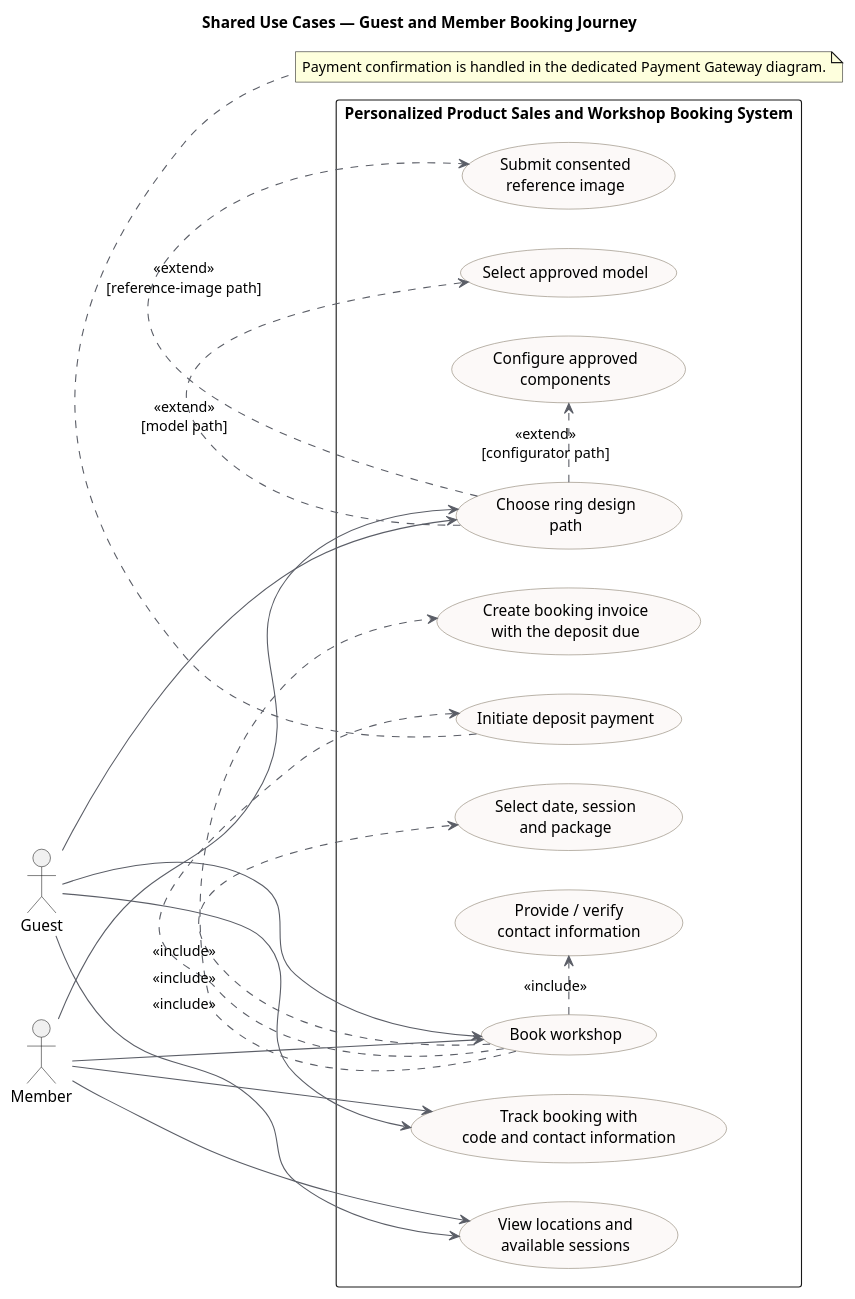
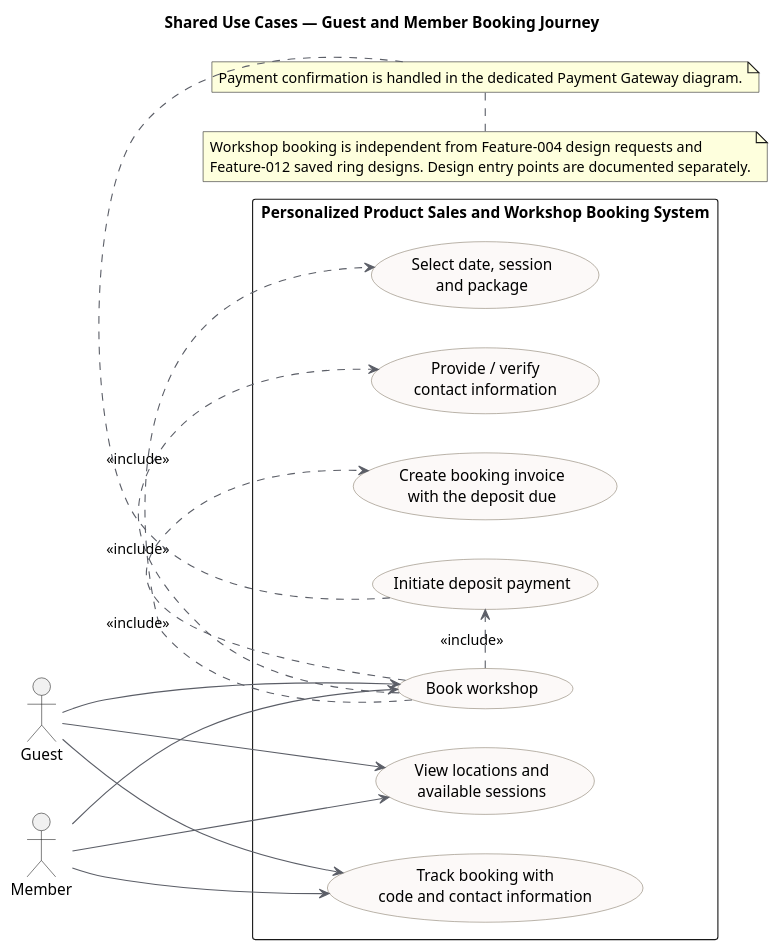
One commit to quoc-ca/mland-operations-hub changed the diagram in documents/docs/report-3-software-requirement-specification/assets/diagrams/use-cases/01-shared-guest-member-booking.puml. Above: the diagram before and after it, drawn with PlantUML. The commit also changed 20 other files, not shown here.

```diff
--- a/documents/docs/report-3-software-requirement-specification/assets/diagrams/use-cases/01-shared-guest-member-booking.puml
+++ b/documents/docs/report-3-software-requirement-specification/assets/diagrams/use-cases/01-shared-guest-member-booking.puml
@@ -1,51 +1,46 @@
 @startuml
 !pragma charset UTF-8
 title Shared Use Cases — Guest and Member Booking Journey
 left to right direction
 skinparam shadowing false
 skinparam packageStyle rectangle
 skinparam usecase {
   BackgroundColor #FCF9F8
   BorderColor #807663
   ArrowColor #5B5E67
 }
 
 actor Guest
 actor Member
 
 rectangle "Personalized Product Sales and Workshop Booking System" {
   usecase "View locations and\navailable sessions" as ViewSessions
   usecase "Book workshop" as Book
   usecase "Select date, session\nand package" as SelectSession
   usecase "Provide / verify\ncontact information" as Contact
-  usecase "Choose ring design\npath" as Design
-  usecase "Select approved model" as Model
-  usecase "Configure approved\ncomponents" as Configure
-  usecase "Submit consented\nreference image" as Image
   usecase "Create booking invoice\nwith the deposit due" as Invoice
   usecase "Initiate deposit payment" as Deposit
   usecase "Track booking with\ncode and contact information" as Track
 }
 
 Guest --> ViewSessions
 Guest --> Book
-Guest --> Design
 Guest --> Track
 
 Member --> ViewSessions
 Member --> Book
-Member --> Design
 Member --> Track
 
 Book .> SelectSession : <<include>>
 Book .> Contact : <<include>>
 Book .> Invoice : <<include>>
 Book .> Deposit : <<include>>
-Design .> Model : <<extend>>\n[model path]
-Design .> Configure : <<extend>>\n[configurator path]
-Design .> Image : <<extend>>\n[reference-image path]
-
 note bottom of Deposit
 Payment confirmation is handled in the dedicated Payment Gateway diagram.
 end note
+
+note bottom
+Workshop booking is independent from Feature-004 design requests and
+Feature-012 saved ring designs. Design entry points are documented separately.
+end note
 @enduml
```
